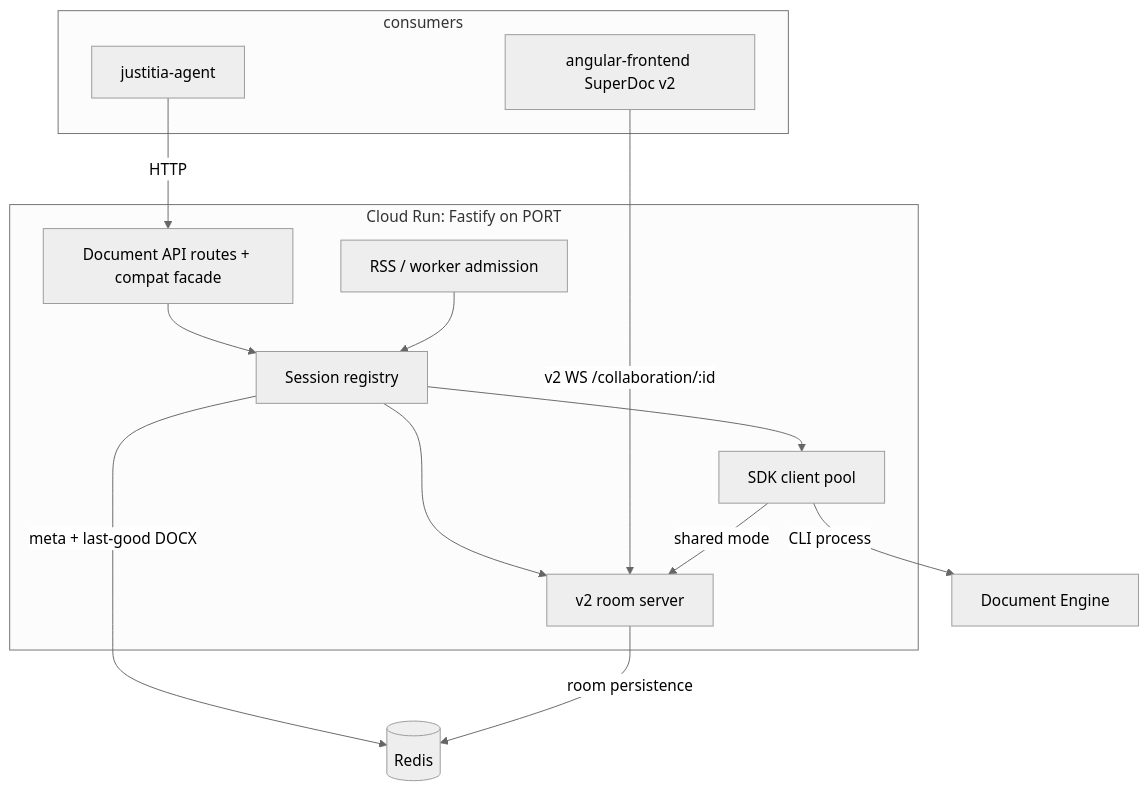
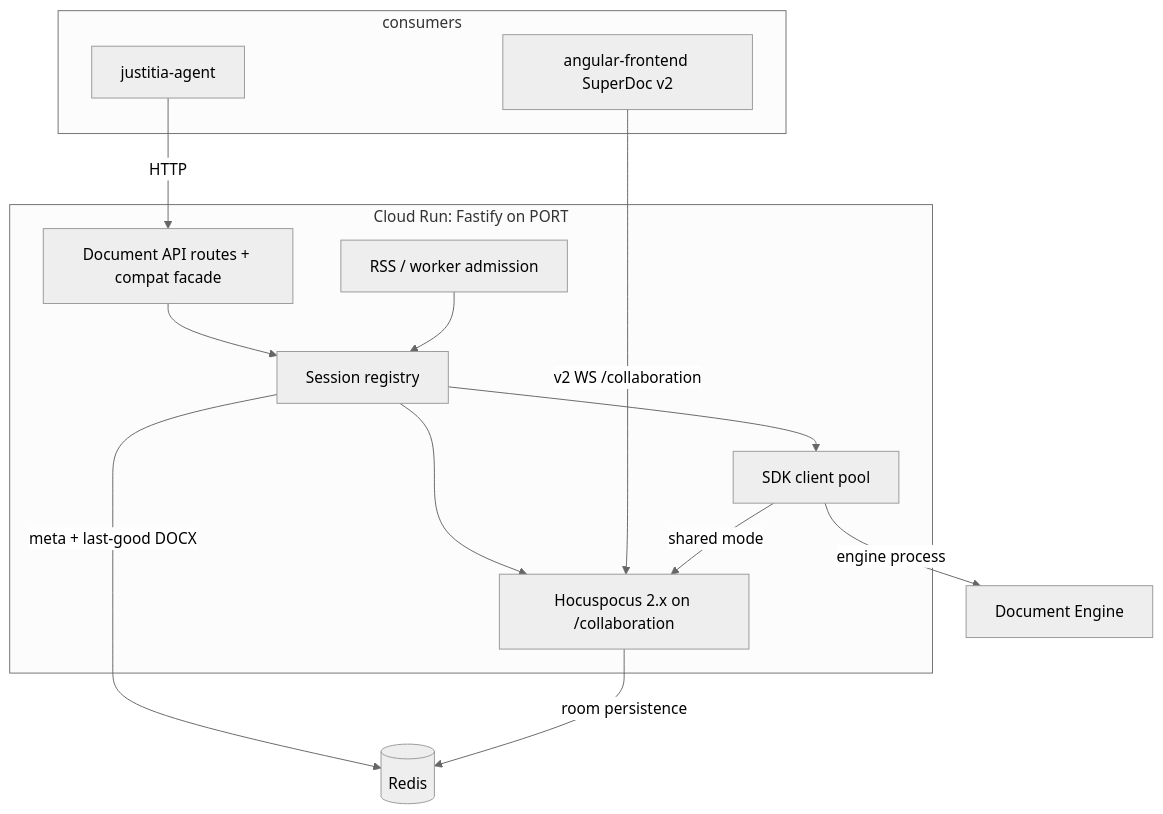
Before and after one commit to SpotDraft/morph: the second of 5 diagrams in docs/architecture/architecture-superdoc-redesign-2026-09-03/ARCHITECTURE-REDESIGN.md, drawn with Mermaid (neutral theme). The commit also changed other lines of this file and 6 other files, not shown here.

First line of the commit message:
docs: tighten architecture spine after reviewer gate

````diff
--- a/docs/architecture/architecture-superdoc-redesign-2026-09-03/ARCHITECTURE-REDESIGN.md
+++ b/docs/architecture/architecture-superdoc-redesign-2026-09-03/ARCHITECTURE-REDESIGN.md
@@ -193,27 +193,27 @@
 ```mermaid
 flowchart TB
   subgraph consumers
     Agent[justitia-agent]
     Sidebar[angular-frontend SuperDoc v2]
   end
 
   subgraph host [Cloud Run: Fastify on PORT]
     HTTP[Document API routes + compat facade]
     Sessions[Session registry]
     Admission[RSS / worker admission]
     SDKHost[SDK client pool]
-    Rooms[v2 room server]
+    Rooms[Hocuspocus 2.x on /collaboration]
     HTTP --> Sessions
     Sessions --> SDKHost
     Sessions --> Rooms
     Admission --> Sessions
   end
 
   Agent -->|HTTP| HTTP
-  Sidebar -->|v2 WS /collaboration/:id| Rooms
-  SDKHost -->|CLI process| Engine[Document Engine]
+  Sidebar -->|v2 WS /collaboration| Rooms
+  SDKHost -->|engine process| Engine[Document Engine]
   SDKHost -->|shared mode| Rooms
   Redis[(Redis)]
   Sessions -->|meta + last-good DOCX| Redis
   Rooms -->|room persistence| Redis
 ```
````
